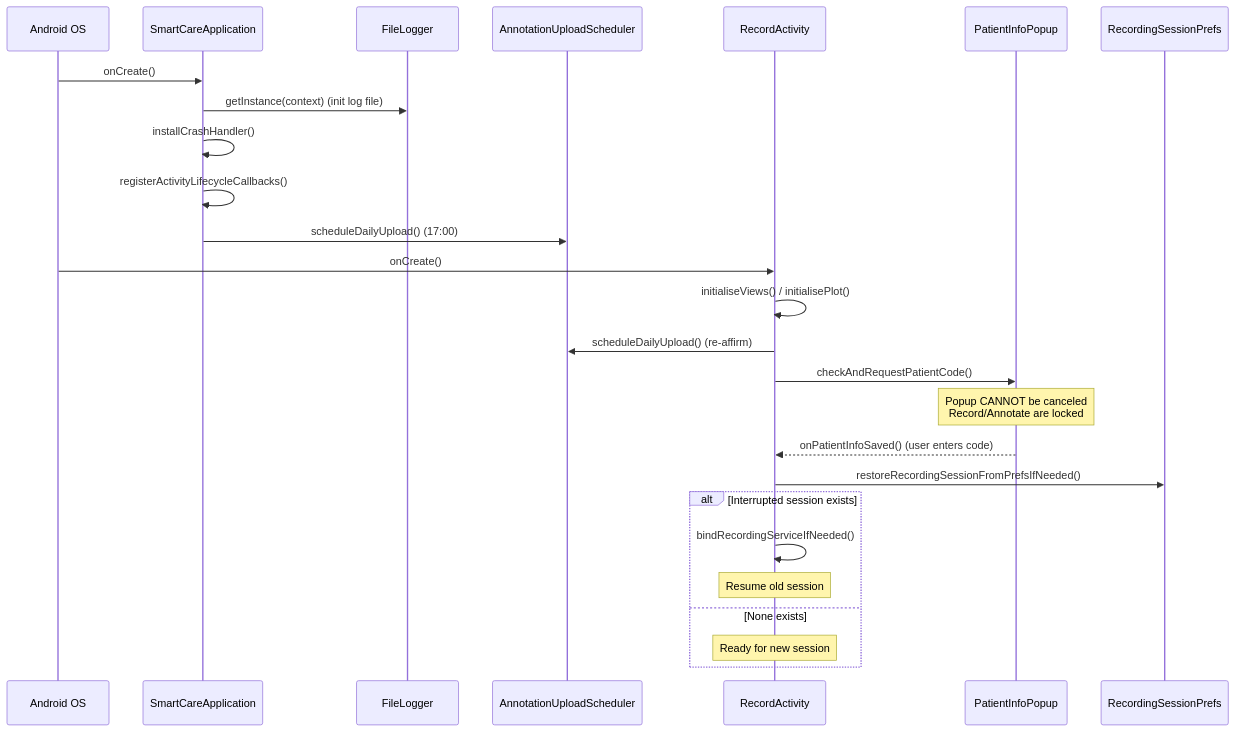
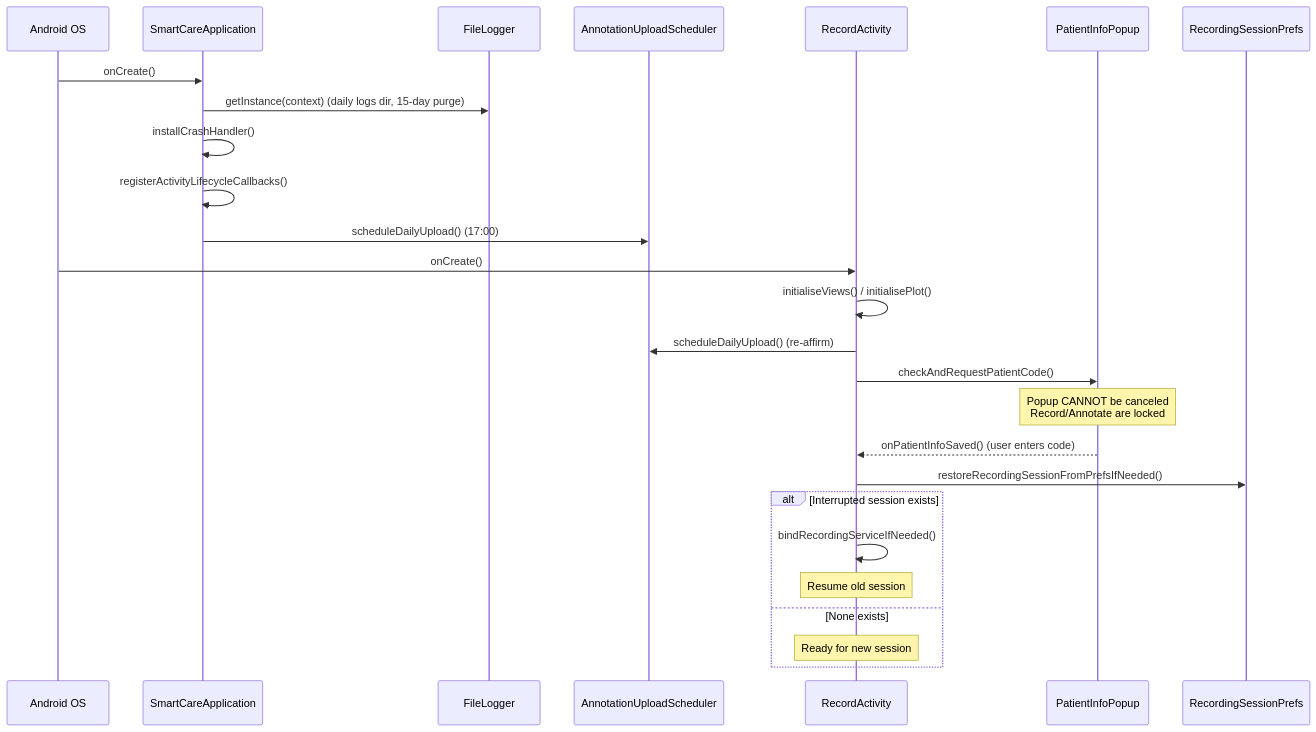
The diagram in docs/en/2-architecture/flow-01-app-startup.md (Oucru-Innovations/SmartCare-Capture), drawn with Mermaid before and after one commit. The commit also changed other lines of this file and 36 other files, not shown here.

````diff
--- a/docs/en/2-architecture/flow-01-app-startup.md
+++ b/docs/en/2-architecture/flow-01-app-startup.md
@@ -18,29 +18,29 @@
 ```mermaid
 sequenceDiagram
     participant OS as Android OS
     participant APP as SmartCareApplication
     participant LOG as FileLogger
     participant SCH as AnnotationUploadScheduler
     participant RA as RecordActivity
     participant PIP as PatientInfoPopup
     participant PREFS as RecordingSessionPrefs
 
     OS->>APP: onCreate()
-    APP->>LOG: getInstance(context) (init log file)
+    APP->>LOG: getInstance(context) (daily logs dir, 15-day purge)
     APP->>APP: installCrashHandler()
     APP->>APP: registerActivityLifecycleCallbacks()
     APP->>SCH: scheduleDailyUpload() (17:00)
     OS->>RA: onCreate()
     RA->>RA: initialiseViews() / initialisePlot()
     RA->>SCH: scheduleDailyUpload() (re-affirm)
     RA->>PIP: checkAndRequestPatientCode()
     Note over PIP: Popup CANNOT be canceled<br/>Record/Annotate are locked
     PIP-->>RA: onPatientInfoSaved() (user enters code)
     RA->>PREFS: restoreRecordingSessionFromPrefsIfNeeded()
     alt Interrupted session exists
         RA->>RA: bindRecordingServiceIfNeeded()
         Note over RA: Resume old session
     else None exists
         Note over RA: Ready for new session
     end
 ```
````
